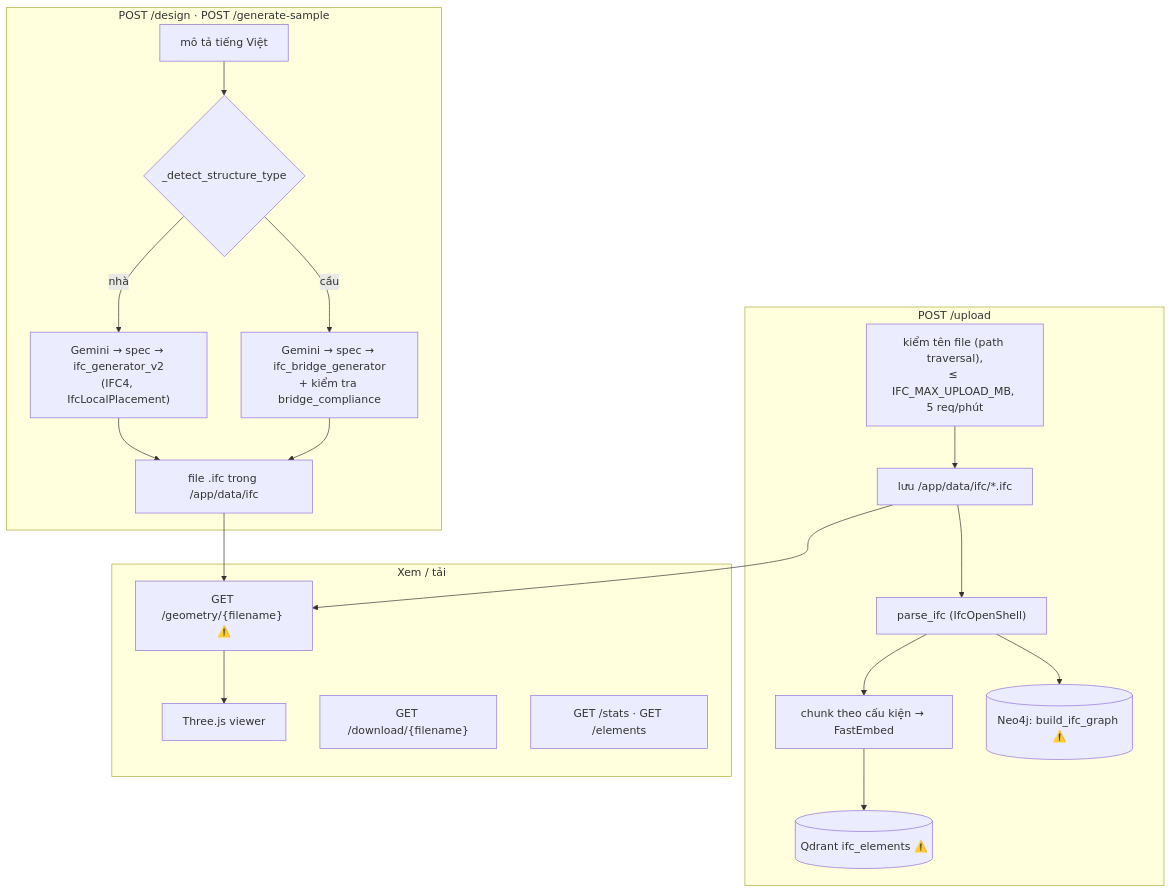
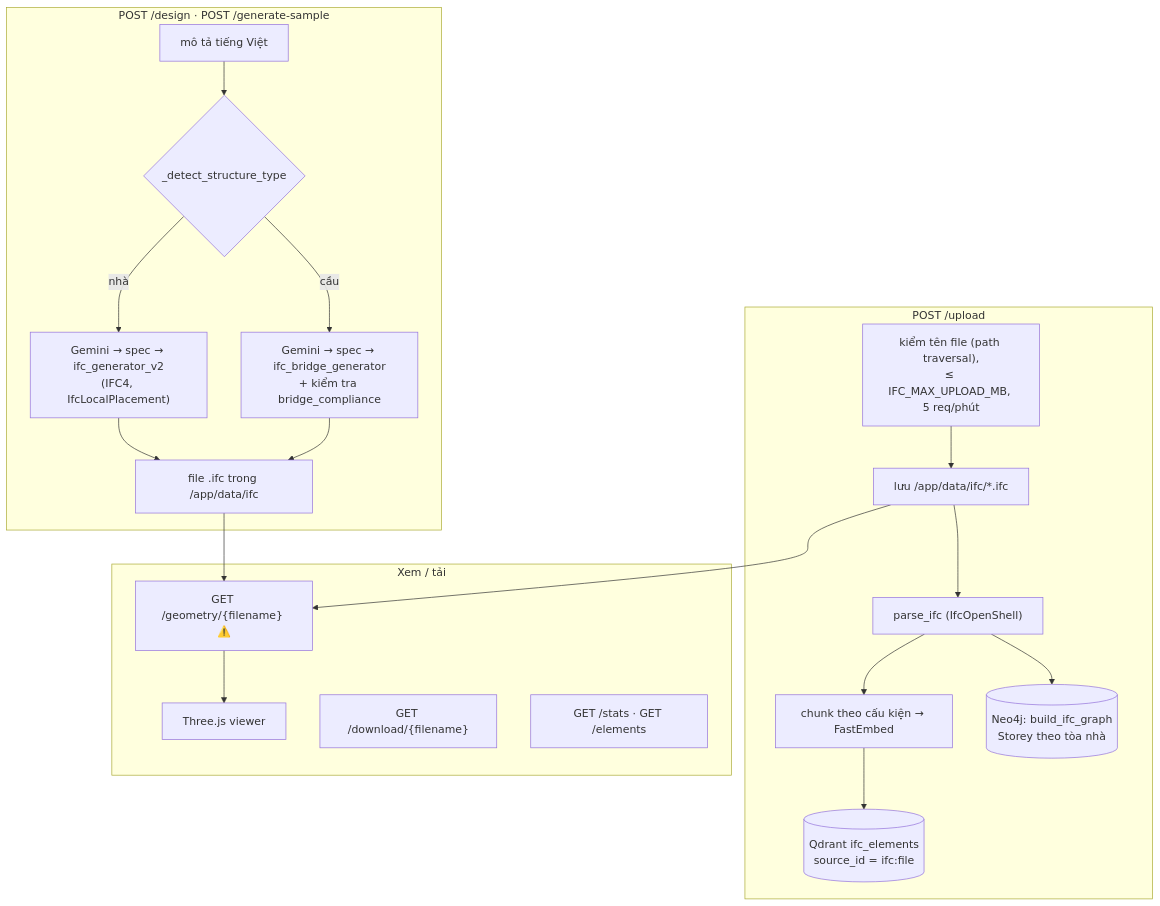
Before and after one commit to NhanNHSE/bim-agent: the third of 5 diagrams in docs/ARCHITECTURE.md, drawn with Mermaid. The commit also changed other lines of this file and 21 other files, not shown here.

````diff
--- a/docs/ARCHITECTURE.md
+++ b/docs/ARCHITECTURE.md
@@ -81,24 +81,24 @@
 ```mermaid
 flowchart TD
     subgraph up["POST /upload"]
         U1["kiểm tên file (path traversal),<br/>≤ IFC_MAX_UPLOAD_MB, 5 req/phút"] --> U2["lưu /app/data/ifc/*.ifc"]
         U2 --> U3["parse_ifc (IfcOpenShell)"]
         U3 --> U4["chunk theo cấu kiện → FastEmbed"]
-        U4 --> U5[("Qdrant ifc_elements ⚠️")]
-        U3 --> U6[("Neo4j: build_ifc_graph ⚠️")]
+        U4 --> U5[("Qdrant ifc_elements<br/>source_id = ifc:file")]
+        U3 --> U6[("Neo4j: build_ifc_graph<br/>Storey theo tòa nhà")]
     end
     subgraph de["POST /design · POST /generate-sample"]
         D1["mô tả tiếng Việt"] --> D2{"_detect_structure_type"}
         D2 -->|nhà| D3["Gemini → spec → ifc_generator_v2<br/>(IFC4, IfcLocalPlacement)"]
         D2 -->|cầu| D4["Gemini → spec → ifc_bridge_generator<br/>+ kiểm tra bridge_compliance"]
         D3 --> D5["file .ifc trong /app/data/ifc"]
         D4 --> D5
     end
     subgraph view["Xem / tải"]
         V1["GET /geometry/{filename} ⚠️"] --> V2["Three.js viewer"]
         V3["GET /download/{filename}"]
         V4["GET /stats · GET /elements"]
     end
     D5 --> V1
     U2 --> V1
 ```
````
